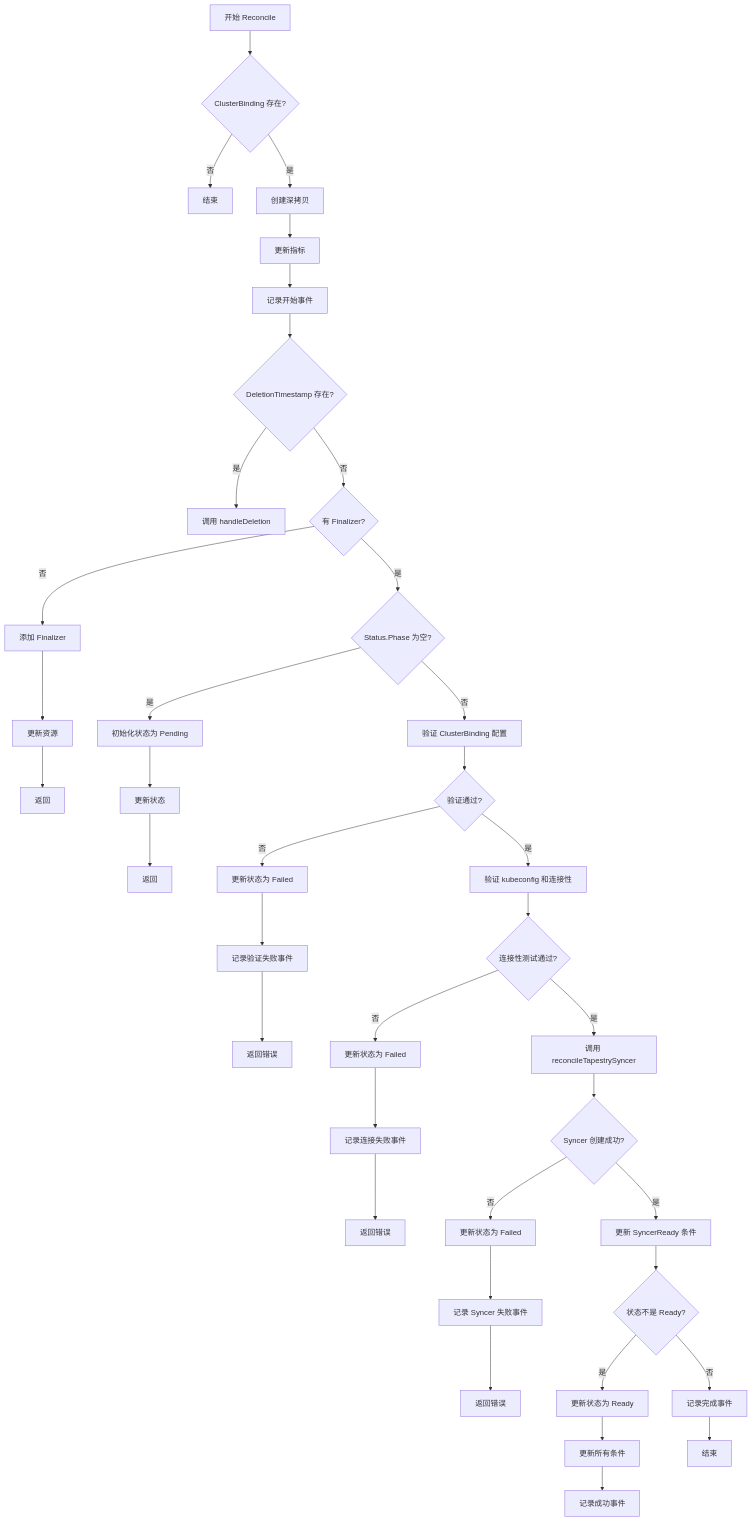
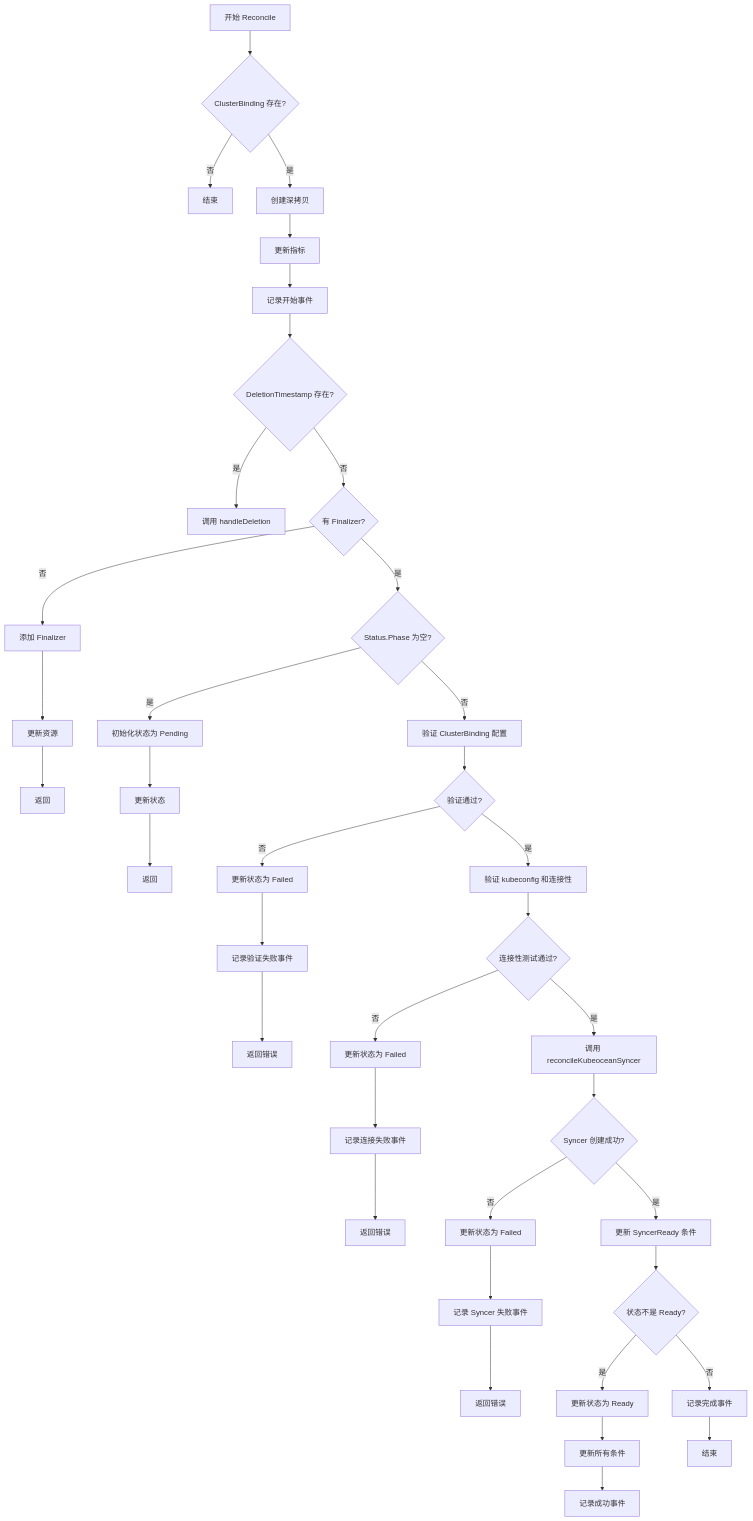
One commit to gocrane/kubeocean changed the first of 3 diagrams in docs/manager.md. Above: the diagram before and after it, drawn with Mermaid. The commit also changed other lines of this file and 140 other files, not shown here.

Commit message:
chore: modify project name from tapestry to kubeocean

````diff
--- a/docs/manager.md
+++ b/docs/manager.md
@@ -44,40 +44,40 @@
 ```mermaid
 flowchart TD
     A[开始 Reconcile] --> B{ClusterBinding 存在?}
     B -->|否| C[结束]
     B -->|是| D[创建深拷贝]
     D --> E[更新指标]
     E --> F[记录开始事件]
     F --> G{DeletionTimestamp 存在?}
     G -->|是| H[调用 handleDeletion]
     G -->|否| I{有 Finalizer?}
     I -->|否| J[添加 Finalizer]
     J --> K[更新资源]
     K --> L[返回]
     I -->|是| M{Status.Phase 为空?}
     M -->|是| N[初始化状态为 Pending]
     N --> O[更新状态]
     O --> P[返回]
     M -->|否| Q[验证 ClusterBinding 配置]
     Q --> R{验证通过?}
     R -->|否| S[更新状态为 Failed]
     S --> T[记录验证失败事件]
     T --> U[返回错误]
     R -->|是| V[验证 kubeconfig 和连接性]
     V --> W{连接性测试通过?}
     W -->|否| X[更新状态为 Failed]
     X --> Y[记录连接失败事件]
     Y --> Z[返回错误]
-    W -->|是| AA[调用 reconcileTapestrySyncer]
+    W -->|是| AA[调用 reconcileKubeoceanSyncer]
     AA --> BB{Syncer 创建成功?}
     BB -->|否| CC[更新状态为 Failed]
     CC --> DD[记录 Syncer 失败事件]
     DD --> EE[返回错误]
     BB -->|是| FF[更新 SyncerReady 条件]
     FF --> GG{状态不是 Ready?}
     GG -->|是| HH[更新状态为 Ready]
     HH --> II[更新所有条件]
     II --> JJ[记录成功事件]
     GG -->|否| KK[记录完成事件]
     KK --> LL[结束]
 ```
````
